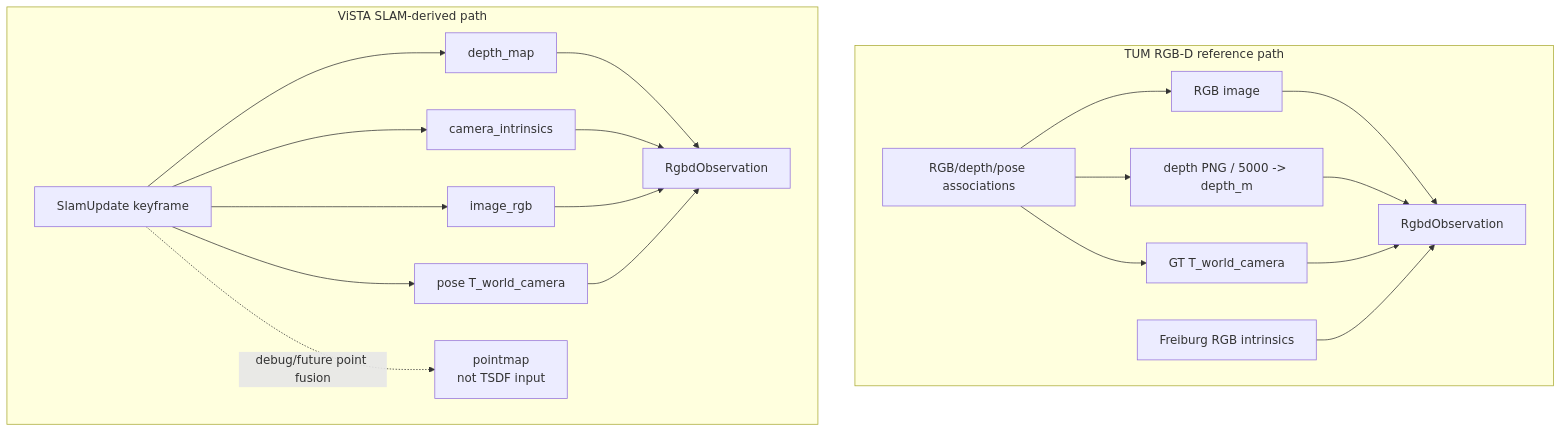
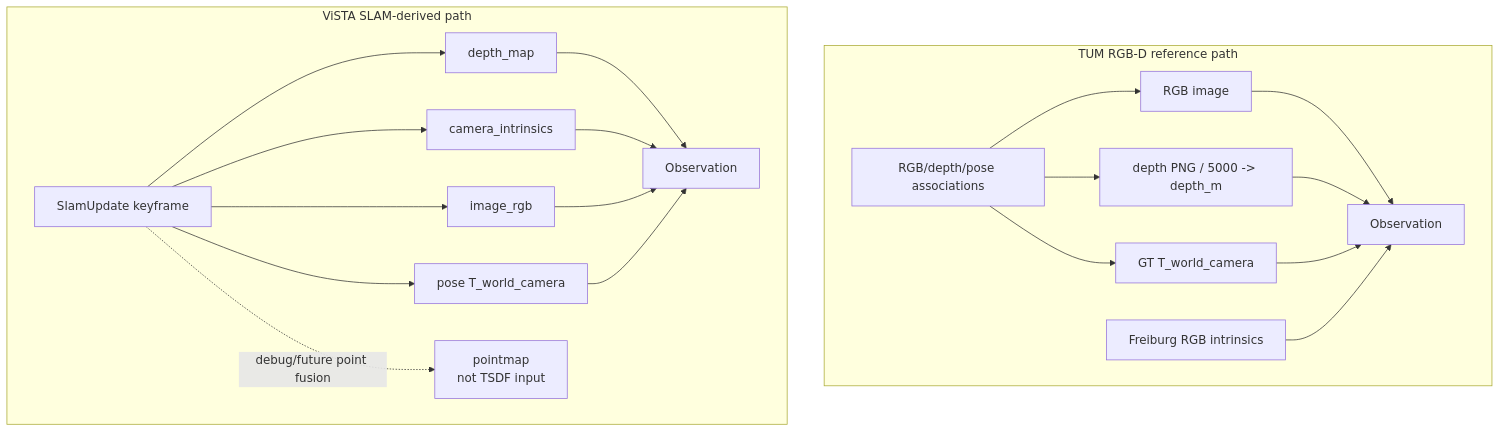
Before and after one commit to JanDuchscherer104/prml-vslam: the third of 5 diagrams in docs/architecture/reconstruction-stage-target.md, drawn with Mermaid. The commit also changed other lines of this file and 178 other files, not shown here.

````diff
--- a/docs/architecture/reconstruction-stage-target.md
+++ b/docs/architecture/reconstruction-stage-target.md
@@ -226,30 +225,30 @@
 ```mermaid
 flowchart TB
     subgraph TUM["TUM RGB-D reference path"]
         TumAssoc["RGB/depth/pose associations"]
         TumRGB["RGB image"]
         TumDepth["depth PNG / 5000 -> depth_m"]
         TumPose["GT T_world_camera"]
         TumIntr["Freiburg RGB intrinsics"]
-        TumObs["RgbdObservation"]
+        TumObs["Observation"]
         TumAssoc --> TumRGB --> TumObs
         TumAssoc --> TumDepth --> TumObs
         TumAssoc --> TumPose --> TumObs
         TumIntr --> TumObs
     end
 
     subgraph Vista["ViSTA SLAM-derived path"]
         Update["SlamUpdate keyframe"]
         VDepth["depth_map"]
         VIntr["camera_intrinsics"]
         VRGB["image_rgb"]
         VPose["pose T_world_camera"]
         VPointmap["pointmap<br/>not TSDF input"]
-        VObs["RgbdObservation"]
+        VObs["Observation"]
         Update --> VDepth --> VObs
         Update --> VIntr --> VObs
         Update --> VRGB --> VObs
         Update --> VPose --> VObs
         Update -. debug/future point fusion .-> VPointmap
     end
 ```
````
